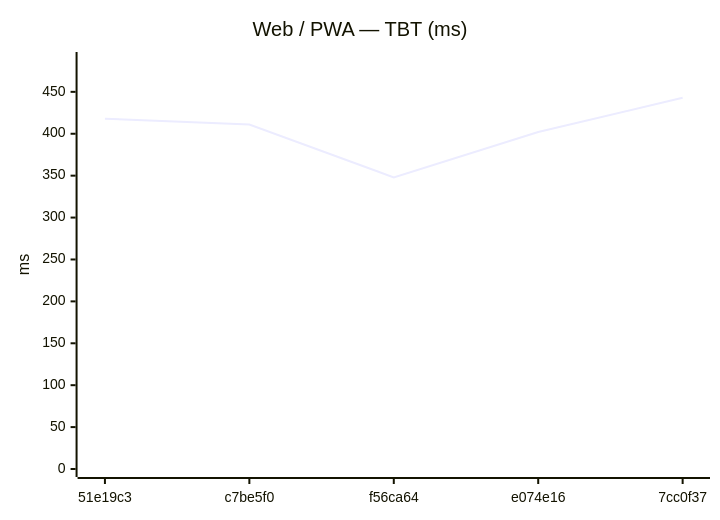
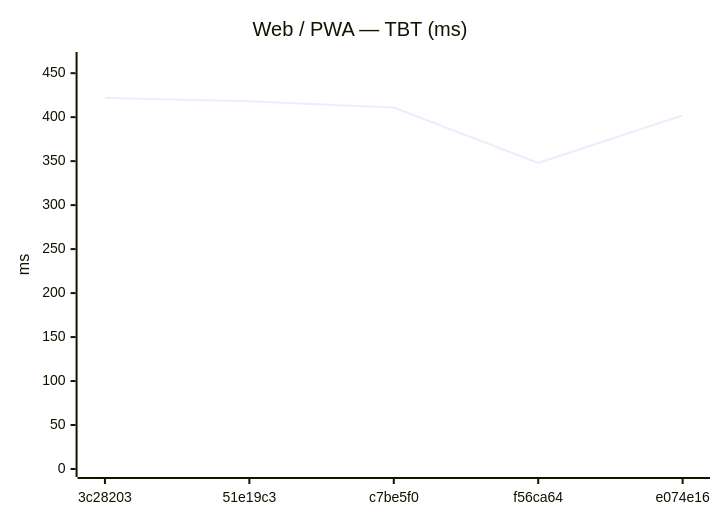
One commit to Metaheurist/Rianell changed the eighth of 18 diagrams in benchmarks/compare.md. Above: the diagram before and after it, drawn with Mermaid. The commit also changed other lines of this file and 11 other files, not shown here.

````diff
--- a/benchmarks/compare.md
+++ b/benchmarks/compare.md
@@ -124,7 +124,7 @@
 ```mermaid
 xychart-beta
     title "Web / PWA — TBT (ms)"
-    x-axis ["51e19c3", "c7be5f0", "f56ca64", "e074e16", "7cc0f37"]
-    y-axis "ms" 0 --> 488
-    line [418, 411, 348, 402, 443]
+    x-axis ["3c28203", "51e19c3", "c7be5f0", "f56ca64", "e074e16"]
+    y-axis "ms" 0 --> 465
+    line [422, 418, 411, 348, 402]
 ```
````
